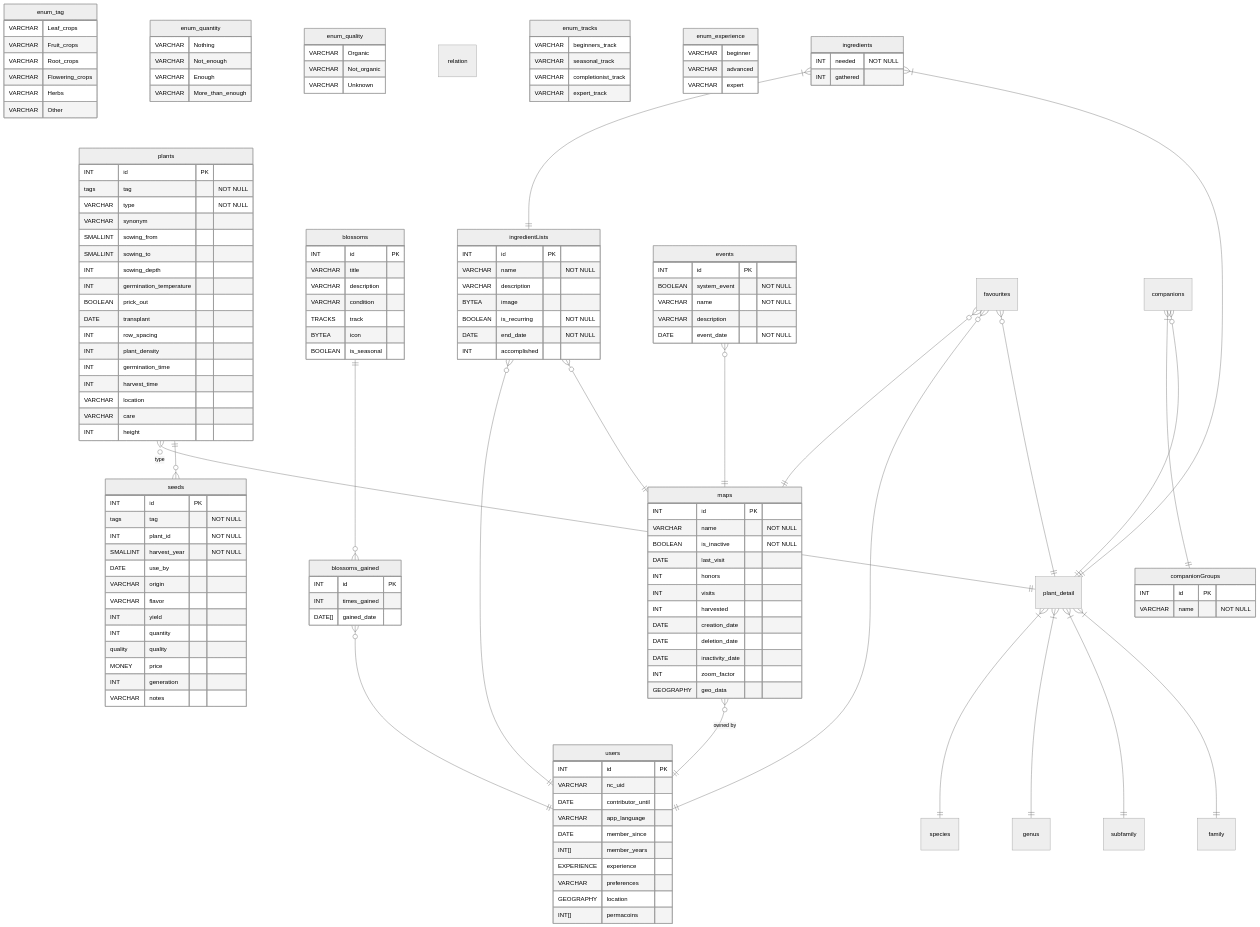
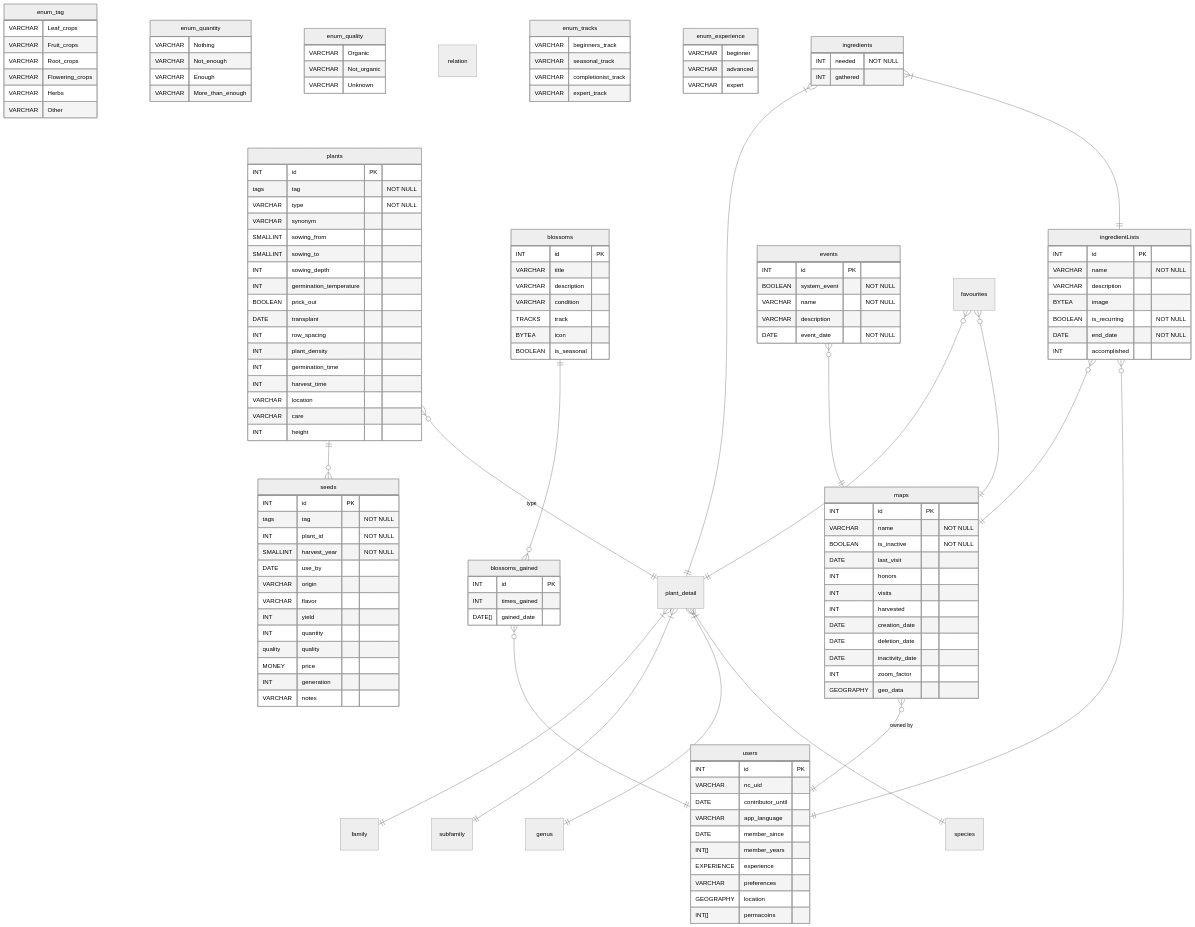
The diagram in doc/database/schemata.md (ElektraInitiative/PermaplanT), drawn with Mermaid (neutral theme) before and after one commit. The commit also changed other lines of this file, not shown here.

````diff
--- a/doc/database/schemata.md
+++ b/doc/database/schemata.md
@@ -179,17 +179,6 @@
 favourites {}
 
 favourites }o--|| maps : ""
-favourites }o--|| users : ""
 favourites }o--|| plant_detail : ""
 
-companionGroups {
-  INT id PK
-  VARCHAR name "NOT NULL"
-}
-
-companions {}
-
-companions }|--|| companionGroups : ""
-companions }o--|| plant_detail : ""
-
 ```
````
